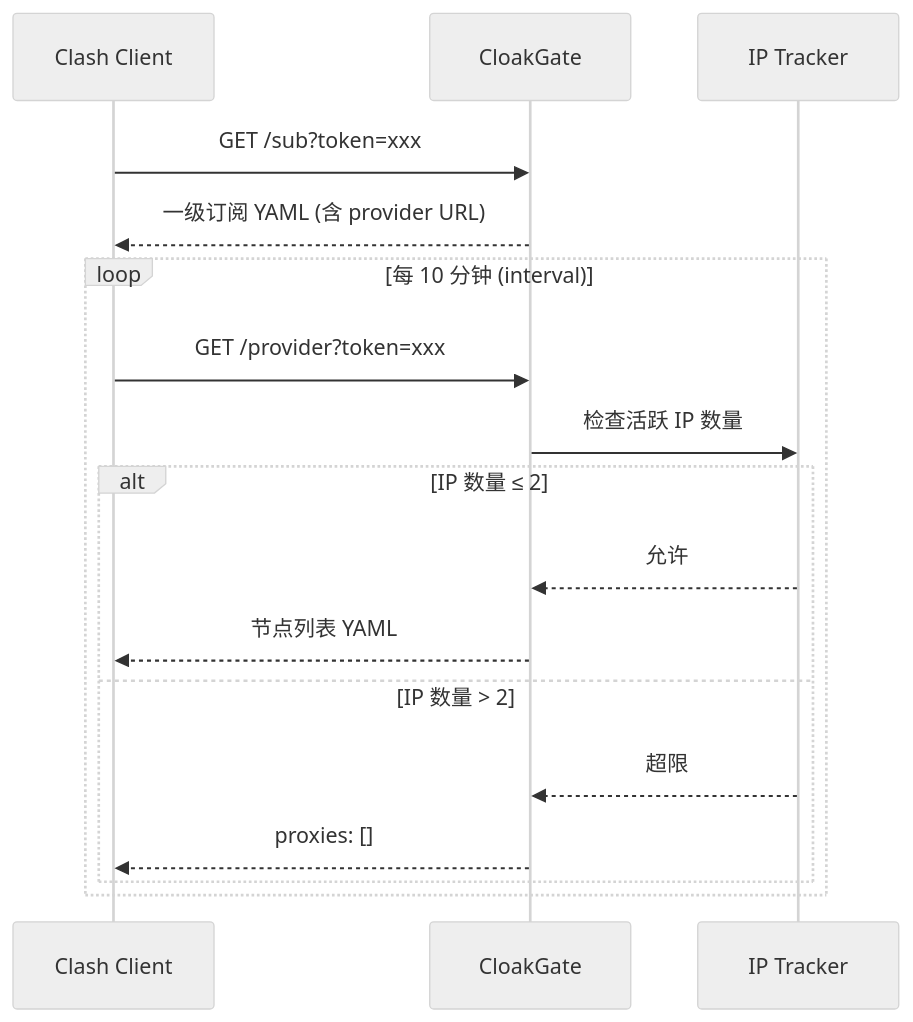
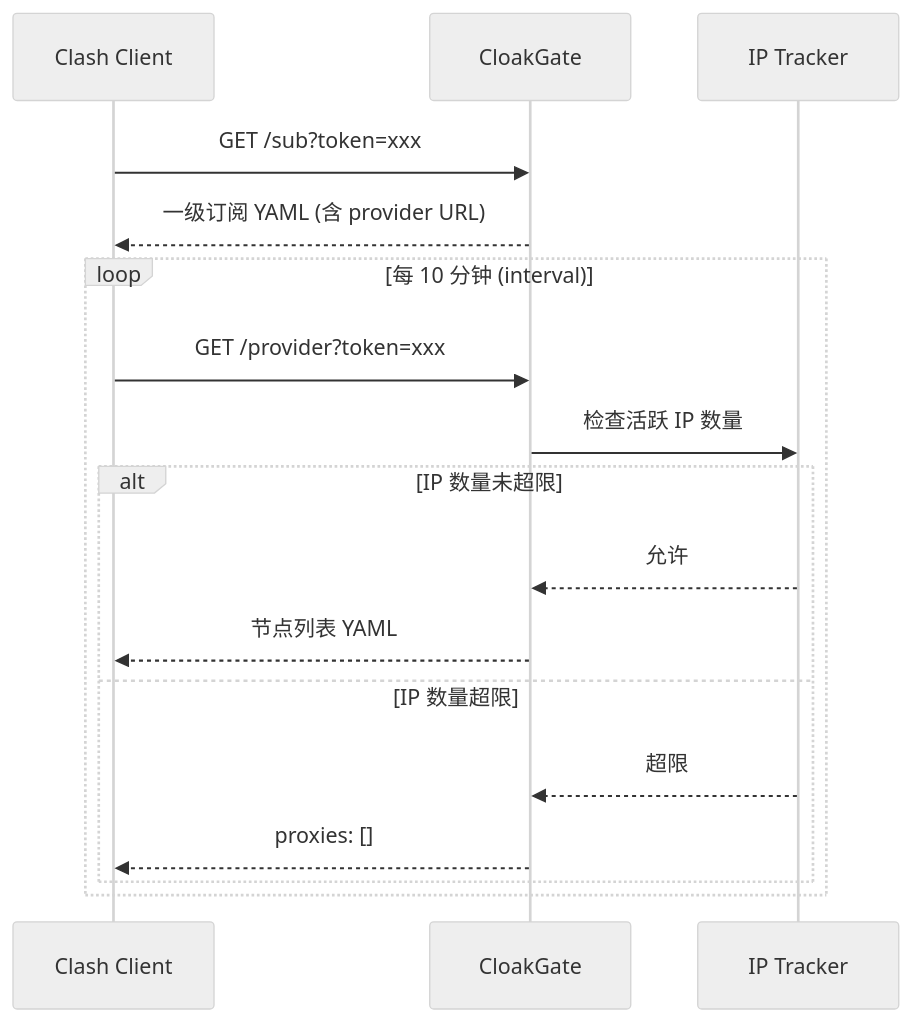
One commit to zenvor/sublinker changed the diagram in README.md. Above: the diagram before and after it, drawn with Mermaid (neutral theme). The commit also changed other lines of this file and 43 other files, not shown here.

````diff
--- a/README.md
+++ b/README.md
@@ -37,21 +37,21 @@
 ```mermaid
 sequenceDiagram
     participant C as Clash Client
     participant G as CloakGate
     participant IP as IP Tracker
 
     C->>G: GET /sub?token=xxx
     G-->>C: 一级订阅 YAML (含 provider URL)
 
     loop 每 10 分钟 (interval)
         C->>G: GET /provider?token=xxx
         G->>IP: 检查活跃 IP 数量
-        alt IP 数量 ≤ 2
+        alt IP 数量未超限
             IP-->>G: 允许
             G-->>C: 节点列表 YAML
-        else IP 数量 > 2
+        else IP 数量超限
             IP-->>G: 超限
             G-->>C: proxies: []
         end
     end
 ```
````
